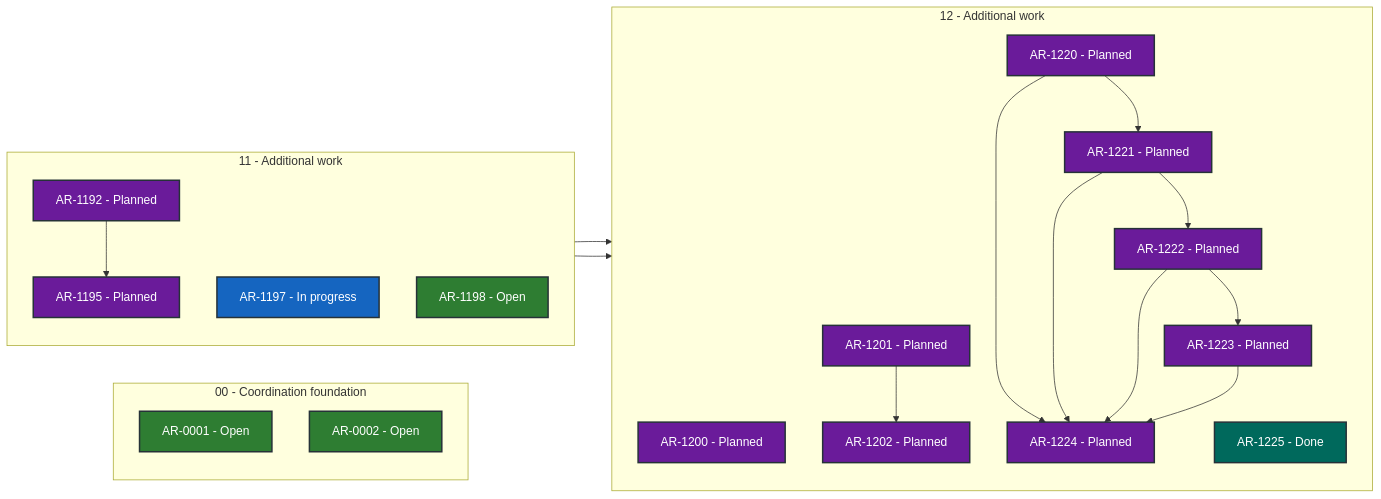
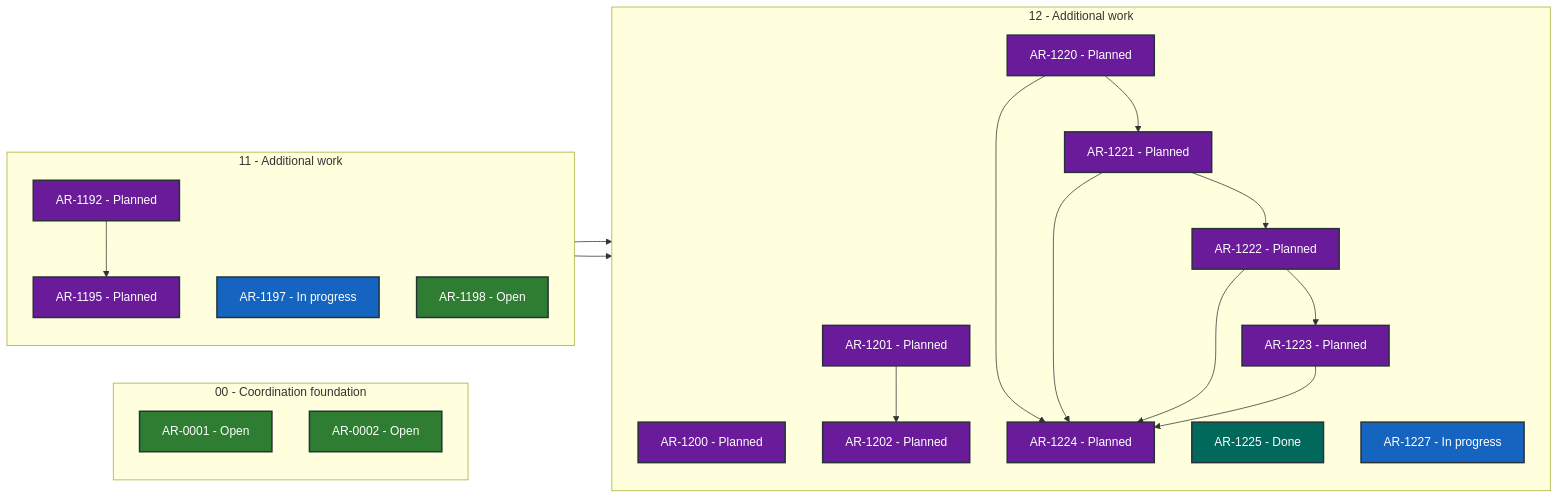
Before and after one commit to martin-beck/asb-tui-state: the diagram in STATUS.md, drawn with Mermaid. The commit also changed other lines of this file and 2 other files, not shown here.

````diff
--- a/STATUS.md
+++ b/STATUS.md
@@ -27,46 +27,47 @@
 ```mermaid
 flowchart LR
     subgraph series_00["00 - Coordination foundation"]
         direction TB
         AR_0001["AR-0001 - Open"]:::status_open
         AR_0002["AR-0002 - Open"]:::status_open
     end
     subgraph series_11["11 - Additional work"]
         direction TB
         AR_1192["AR-1192 - Planned"]:::status_planned
         AR_1195["AR-1195 - Planned"]:::status_planned
         AR_1197["AR-1197 - In progress"]:::status_in_progress
         AR_1198["AR-1198 - Open"]:::status_open
     end
     subgraph series_12["12 - Additional work"]
         direction TB
         AR_1200["AR-1200 - Planned"]:::status_planned
         AR_1201["AR-1201 - Planned"]:::status_planned
         AR_1202["AR-1202 - Planned"]:::status_planned
         AR_1220["AR-1220 - Planned"]:::status_planned
         AR_1221["AR-1221 - Planned"]:::status_planned
         AR_1222["AR-1222 - Planned"]:::status_planned
         AR_1223["AR-1223 - Planned"]:::status_planned
         AR_1224["AR-1224 - Planned"]:::status_planned
         AR_1225["AR-1225 - Done"]:::status_done
+        AR_1227["AR-1227 - In progress"]:::status_in_progress
     end
     AR_1192 --> AR_1195
     AR_1195 --> AR_1200
     AR_1197 --> AR_1201
     AR_1201 --> AR_1202
     AR_1220 --> AR_1221
     AR_1220 --> AR_1224
     AR_1221 --> AR_1222
     AR_1221 --> AR_1224
     AR_1222 --> AR_1223
     AR_1222 --> AR_1224
     AR_1223 --> AR_1224
     classDef status_in_progress fill:#1565c0,color:#ffffff,stroke:#263238,stroke-width:2px
     classDef status_open fill:#2e7d32,color:#ffffff,stroke:#263238,stroke-width:2px
     classDef status_blocked fill:#c62828,color:#ffffff,stroke:#263238,stroke-width:2px
     classDef status_planned fill:#6a1b9a,color:#ffffff,stroke:#263238,stroke-width:2px
     classDef status_future fill:#455a64,color:#ffffff,stroke:#263238,stroke-width:2px
     classDef status_done fill:#00695c,color:#ffffff,stroke:#263238,stroke-width:2px
     classDef status_cancelled fill:#616161,color:#ffffff,stroke:#263238,stroke-width:2px
     classDef status_superseded fill:#5d4037,color:#ffffff,stroke:#263238,stroke-width:2px
 ```
````
